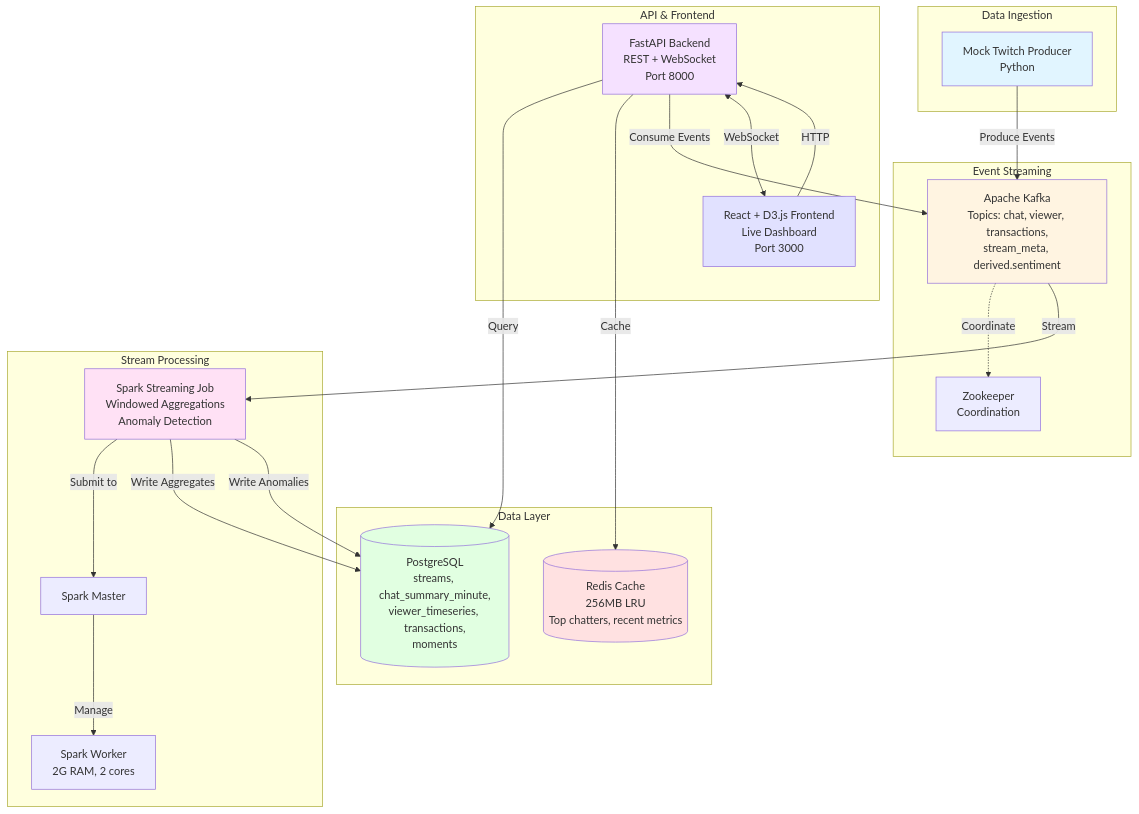
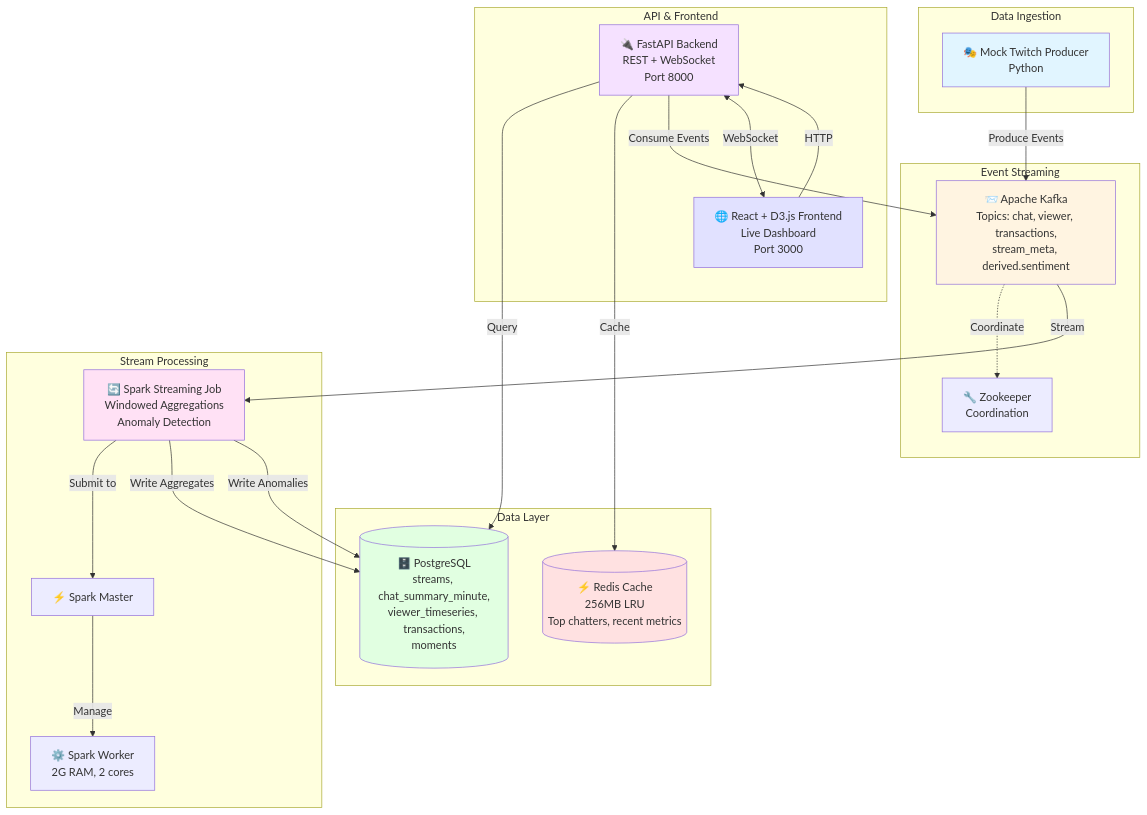
The diagram in README.md (Stiven-Gjekaj/Telemetra), drawn with Mermaid before and after one commit. The commit also changed other lines of this file, not shown here.

````diff
--- a/README.md
+++ b/README.md
@@ -67,48 +86,48 @@
 ```mermaid
 graph TB
     subgraph "Data Ingestion"
-        Producer[Mock Twitch Producer<br/>Python]
+        Producer[🎭 Mock Twitch Producer<br/>Python]
     end
 
     subgraph "Event Streaming"
-        Kafka[Apache Kafka<br/>Topics: chat, viewer, transactions,<br/>stream_meta, derived.sentiment]
-        Zookeeper[Zookeeper<br/>Coordination]
+        Kafka[📨 Apache Kafka<br/>Topics: chat, viewer, transactions,<br/>stream_meta, derived.sentiment]
+        Zookeeper[🔧 Zookeeper<br/>Coordination]
     end
 
     subgraph "Stream Processing"
-        SparkMaster[Spark Master]
-        SparkWorker[Spark Worker<br/>2G RAM, 2 cores]
-        SparkStreaming[Spark Streaming Job<br/>Windowed Aggregations<br/>Anomaly Detection]
+        SparkMaster[⚡ Spark Master]
+        SparkWorker[⚙️ Spark Worker<br/>2G RAM, 2 cores]
+        SparkStreaming[🔄 Spark Streaming Job<br/>Windowed Aggregations<br/>Anomaly Detection]
     end
 
     subgraph "Data Layer"
-        Postgres[(PostgreSQL<br/>streams, chat_summary_minute,<br/>viewer_timeseries, transactions,<br/>moments)]
-        Redis[(Redis Cache<br/>256MB LRU<br/>Top chatters, recent metrics)]
+        Postgres[(🗄️ PostgreSQL<br/>streams, chat_summary_minute,<br/>viewer_timeseries, transactions,<br/>moments)]
+        Redis[(⚡ Redis Cache<br/>256MB LRU<br/>Top chatters, recent metrics)]
     end
 
     subgraph "API & Frontend"
-        Backend[FastAPI Backend<br/>REST + WebSocket<br/>Port 8000]
-        Frontend[React + D3.js Frontend<br/>Live Dashboard<br/>Port 3000]
+        Backend[🔌 FastAPI Backend<br/>REST + WebSocket<br/>Port 8000]
+        Frontend[🌐 React + D3.js Frontend<br/>Live Dashboard<br/>Port 3000]
     end
 
     Producer -->|Produce Events| Kafka
     Kafka -.->|Coordinate| Zookeeper
     Kafka -->|Stream| SparkStreaming
     SparkMaster -->|Manage| SparkWorker
     SparkStreaming -->|Submit to| SparkMaster
     SparkStreaming -->|Write Aggregates| Postgres
     SparkStreaming -->|Write Anomalies| Postgres
     Backend -->|Query| Postgres
     Backend -->|Cache| Redis
     Backend -->|Consume Events| Kafka
     Backend <-->|WebSocket| Frontend
     Frontend -->|HTTP| Backend
 
     style Producer fill:#e1f5ff
     style Kafka fill:#fff4e1
     style SparkStreaming fill:#ffe1f5
     style Postgres fill:#e1ffe1
     style Redis fill:#ffe1e1
     style Backend fill:#f5e1ff
     style Frontend fill:#e1e1ff
 ```
````
